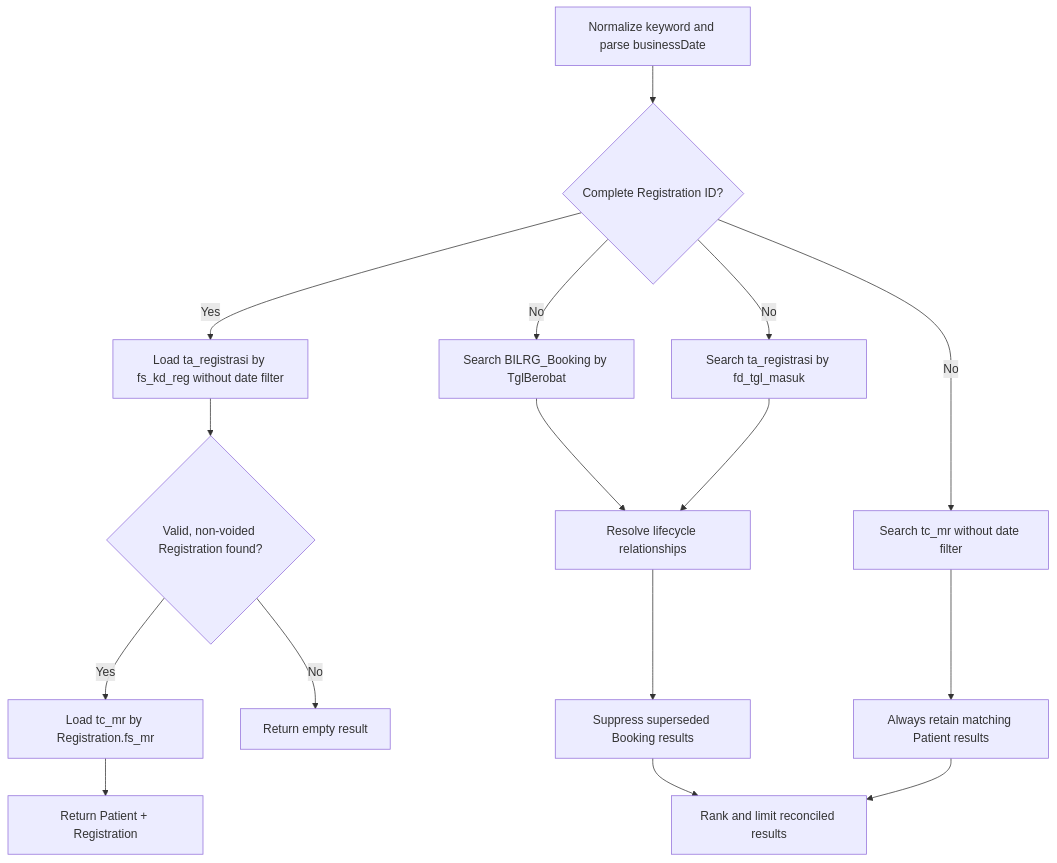
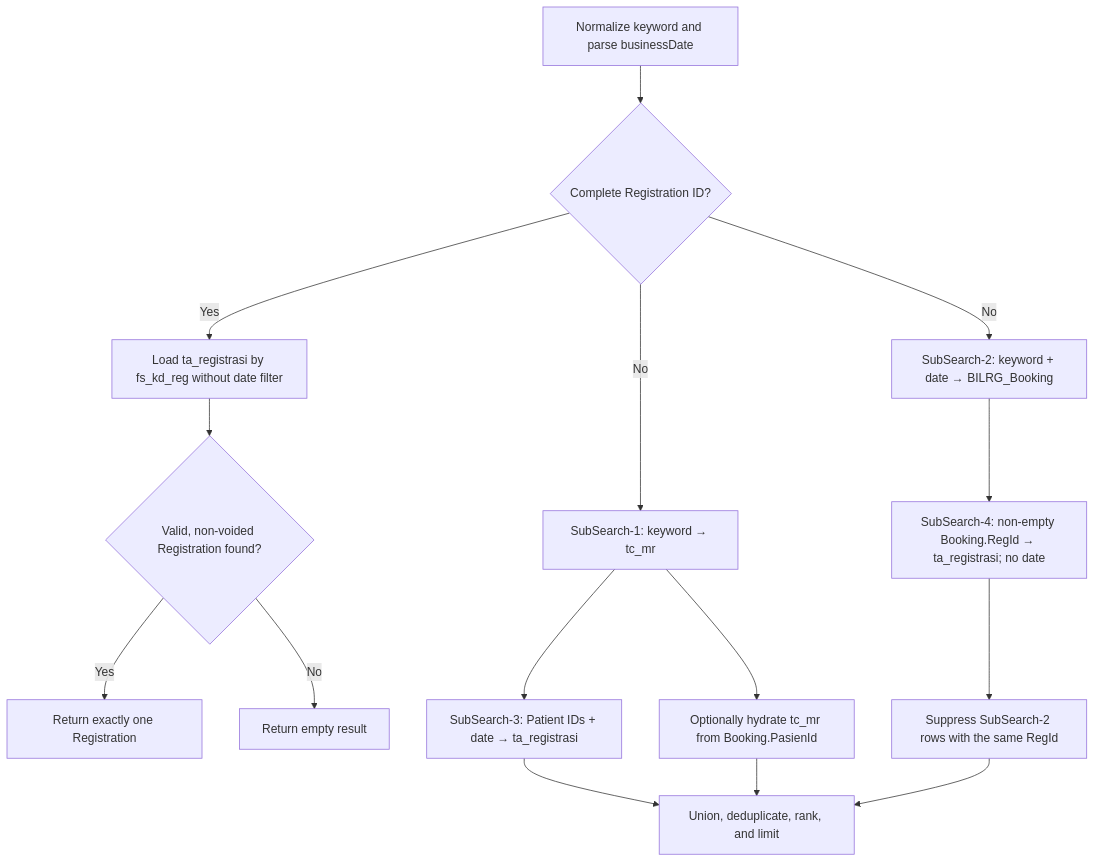
Before and after one commit to smart-ics/b09-bilreg-api: the diagram in docs/contexts/admisi-rajal/reg-deep-search-feature.md, drawn with Mermaid. The commit also changed other lines of this file and 5 other files, not shown here.

Commit message:
feat(admisi): implement revised patient booking registration deep search

````diff
--- a/docs/contexts/admisi-rajal/reg-deep-search-feature.md
+++ b/docs/contexts/admisi-rajal/reg-deep-search-feature.md
@@ -296,21 +292,19 @@
 ```mermaid
 flowchart TD
     A["Normalize keyword and parse businessDate"] --> B{"Complete Registration ID?"}
 
     B -->|"Yes"| C["Load ta_registrasi by fs_kd_reg without date filter"]
     C --> D{"Valid, non-voided Registration found?"}
-    D -->|"Yes"| E["Load tc_mr by Registration.fs_mr"]
-    E --> F["Return Patient + Registration"]
+    D -->|"Yes"| F["Return exactly one Registration"]
     D -->|"No"| G["Return empty result"]
 
-    B -->|"No"| H["Search tc_mr without date filter"]
-    B -->|"No"| I["Search BILRG_Booking by TglBerobat"]
-    B -->|"No"| J["Search ta_registrasi by fd_tgl_masuk"]
-
-    I --> K["Resolve lifecycle relationships"]
-    J --> K
-    K --> L["Suppress superseded Booking results"]
-    H --> M["Always retain matching Patient results"]
-    L --> N["Rank and limit reconciled results"]
+    B -->|"No"| H["SubSearch-1: keyword → tc_mr"]
+    B -->|"No"| I["SubSearch-2: keyword + date → BILRG_Booking"]
+    H --> J["SubSearch-3: Patient IDs + date → ta_registrasi"]
+    I --> K["SubSearch-4: non-empty Booking.RegId → ta_registrasi; no date"]
+    K --> L["Suppress SubSearch-2 rows with the same RegId"]
+    H --> M["Optionally hydrate tc_mr from Booking.PasienId"]
+    J --> N["Union, deduplicate, rank, and limit"]
+    L --> N
     M --> N
 ```
````
